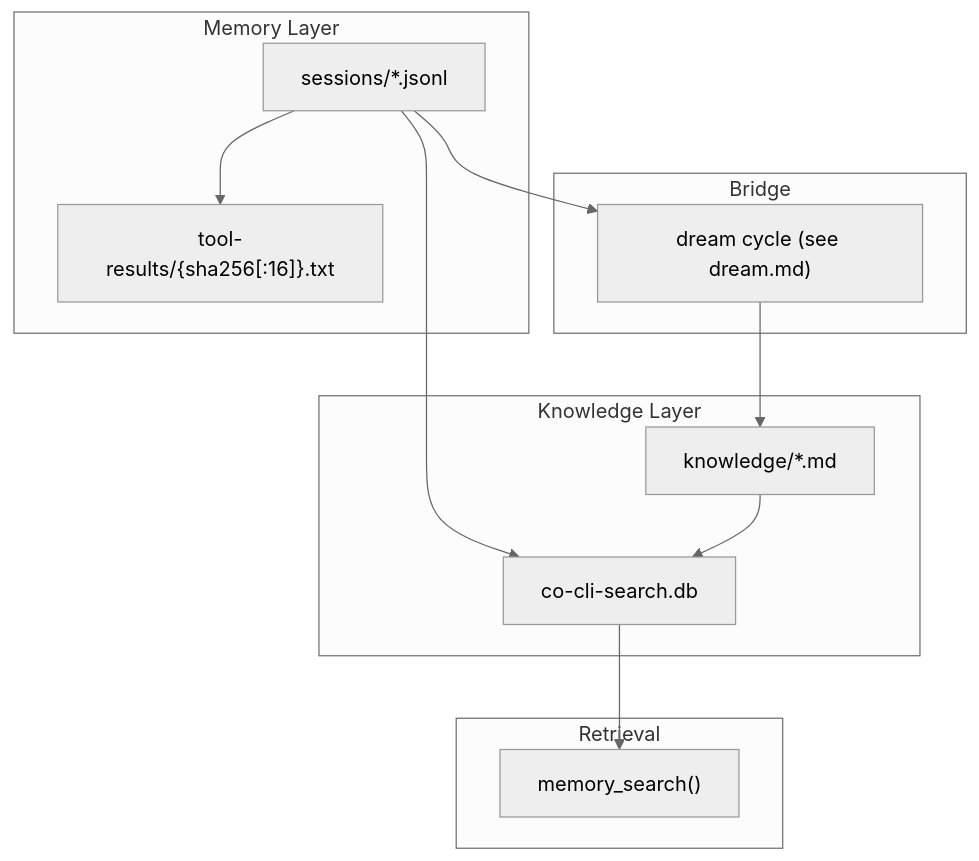
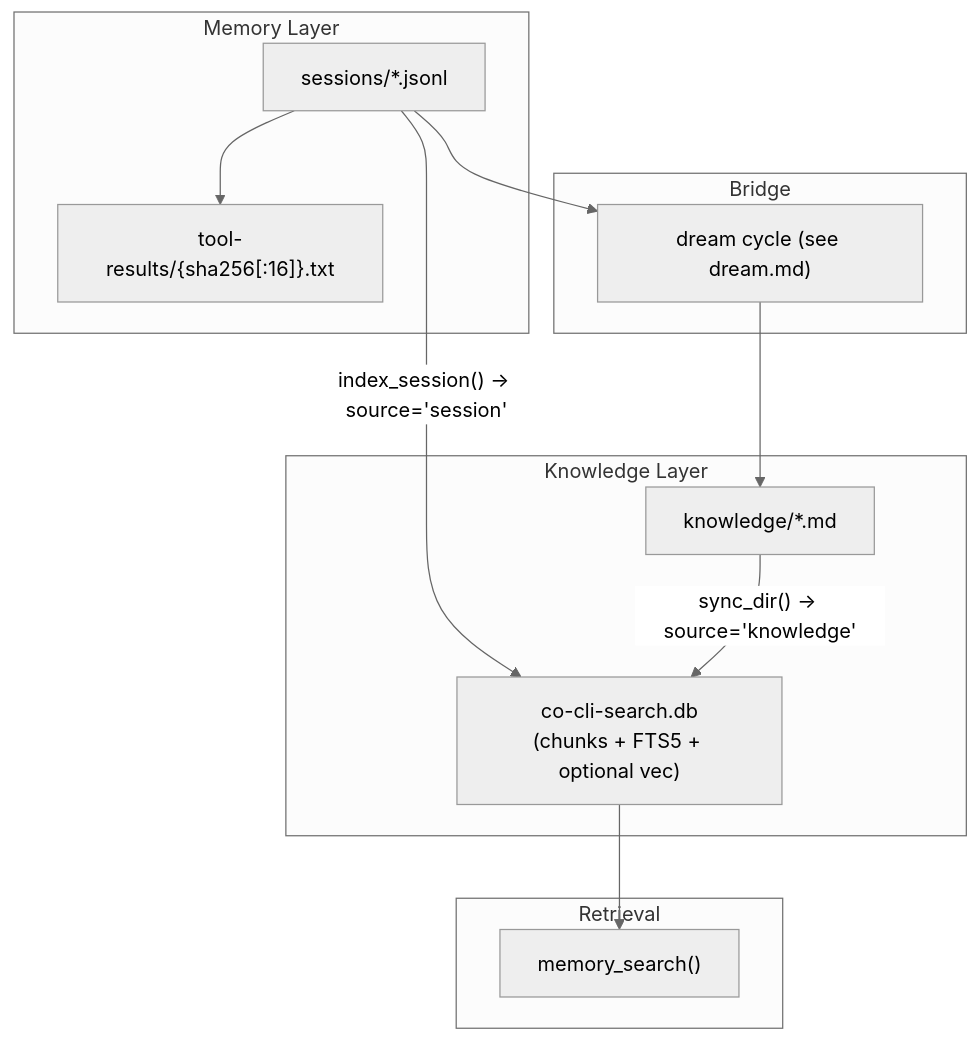
One commit to binlecode/co-cli changed the diagram in docs/specs/memory.md. Above: the diagram before and after it, drawn with Mermaid (neutral theme). The commit also changed other lines of this file and 13 other files, not shown here.

````diff
--- a/docs/specs/memory.md
+++ b/docs/specs/memory.md
@@ -40,27 +8,27 @@
 ```mermaid
 flowchart TD
     subgraph Memory["Memory Layer"]
         Sessions["sessions/*.jsonl"]
         Spill["tool-results/{sha256[:16]}.txt"]
     end
 
     subgraph Bridge["Bridge"]
         Dream["dream cycle (see dream.md)"]
     end
 
     subgraph Knowledge["Knowledge Layer"]
         KDir["knowledge/*.md"]
-        SearchDB["co-cli-search.db"]
+        SearchDB["co-cli-search.db\n(chunks + FTS5 + optional vec)"]
     end
 
     subgraph Recall["Retrieval"]
         MemorySearch["memory_search()"]
     end
 
-    Sessions --> SearchDB
+    Sessions -->|"index_session() → source='session'"| SearchDB
     Sessions --> Dream
     Sessions --> Spill
     Dream --> KDir
-    KDir --> SearchDB
+    KDir -->|"sync_dir() → source='knowledge'"| SearchDB
     SearchDB --> MemorySearch
 ```
````
